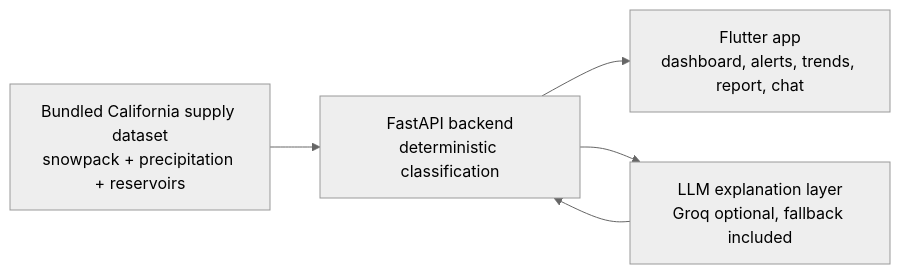
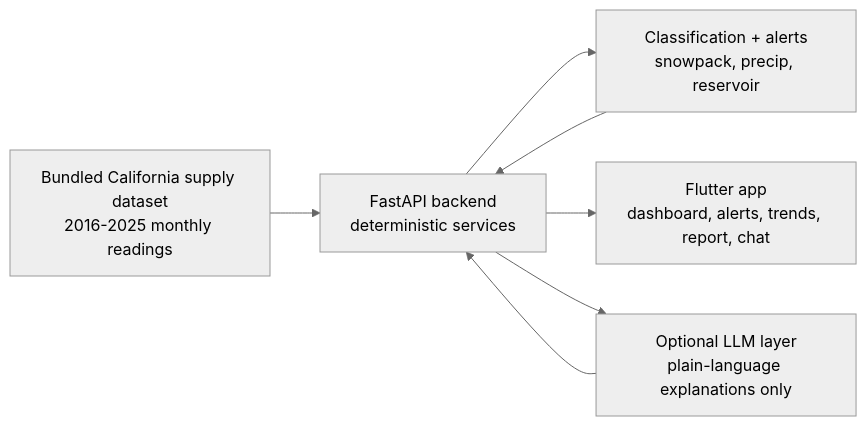
Before and after one commit to SoojalKumar/projectH2O: the diagram in README.md, drawn with Mermaid (neutral theme). The commit also changed other lines of this file and 6 other files, not shown here.

````diff
--- a/README.md
+++ b/README.md
@@ -43,12 +92,15 @@
 ```mermaid
 flowchart LR
-    data["Bundled California supply dataset<br/>snowpack + precipitation + reservoirs"]
-    api["FastAPI backend<br/>deterministic classification"]
-    ai["LLM explanation layer<br/>Groq optional, fallback included"]
+    data["Bundled California supply dataset<br/>2016-2025 monthly readings"]
+    api["FastAPI backend<br/>deterministic services"]
+    classify["Classification + alerts<br/>snowpack, precip, reservoir"]
+    ai["Optional LLM layer<br/>plain-language explanations only"]
     app["Flutter app<br/>dashboard, alerts, trends, report, chat"]
 
     data --> api
+    api --> classify
+    classify --> api
     api --> app
     api --> ai
     ai --> api
 ```
````
